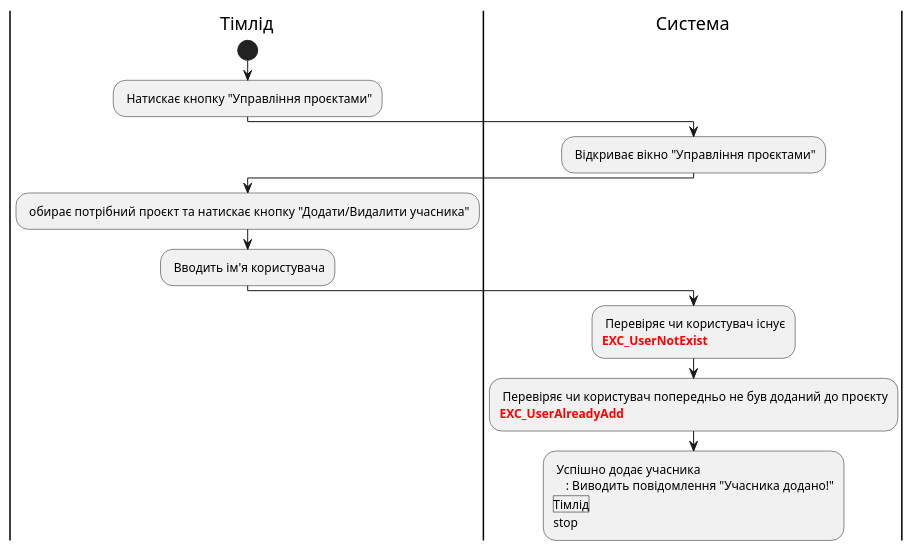
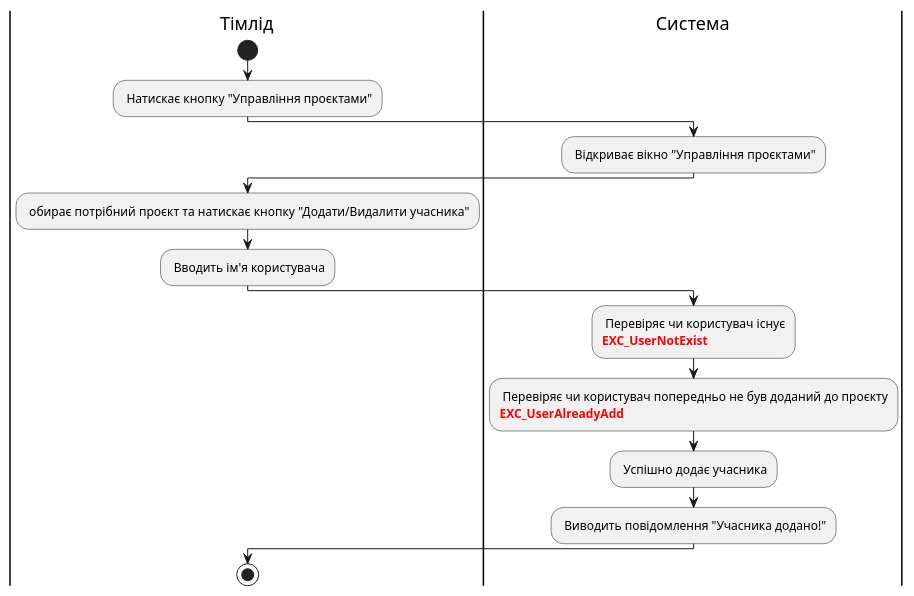
The first of 2 diagrams in docs/use cases/README.md (io-23SklyarAnton/pupsiki-bd), drawn with PlantUML before and after one commit. The commit also changed other lines of this file, not shown here.

Commit message:
Here We Go Again 3.0

```diff
--- a/docs/use cases/README.md
+++ b/docs/use cases/README.md
@@ -13,21 +13,21 @@
 @startuml
 
     |Тімлід|
     start;
         : Натискає кнопку "Управління проєктами";
     |Система|
         : Відкриває вікно "Управління проєктами";
     |Тімлід|
         : обирає потрібний проєкт та натискає кнопку "Додати/Видалити учасника";
         : Вводить ім'я користувача;
     |Система|
         : Перевіряє чи користувач існує
         <font color="red"><b>EXC_UserNotExist;
         : Перевіряє чи користувач попередньо не був доданий до проєкту
         <font color="red"><b>EXC_UserAlreadyAdd;
-        : Успішно додає учасника
-        : Виводить повідомлення "Учасника додано!"
+        : Успішно додає учасника;
+        : Виводить повідомлення "Учасника додано!";
     |Тімлід|
     stop;
 
 @enduml
```
